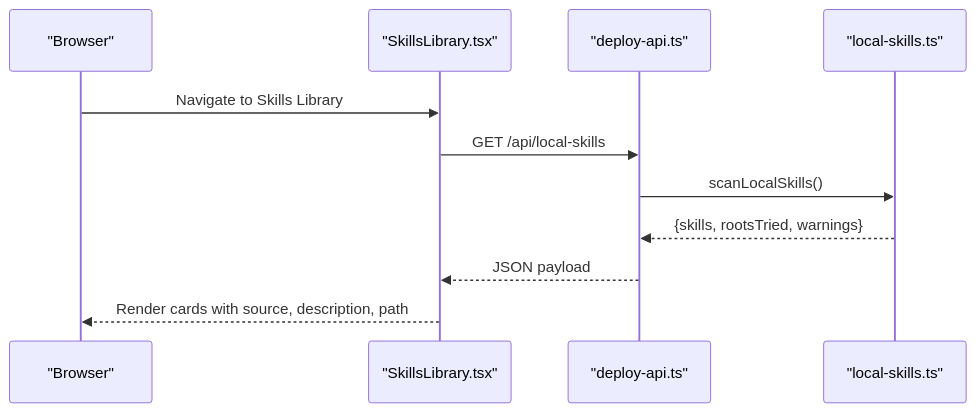
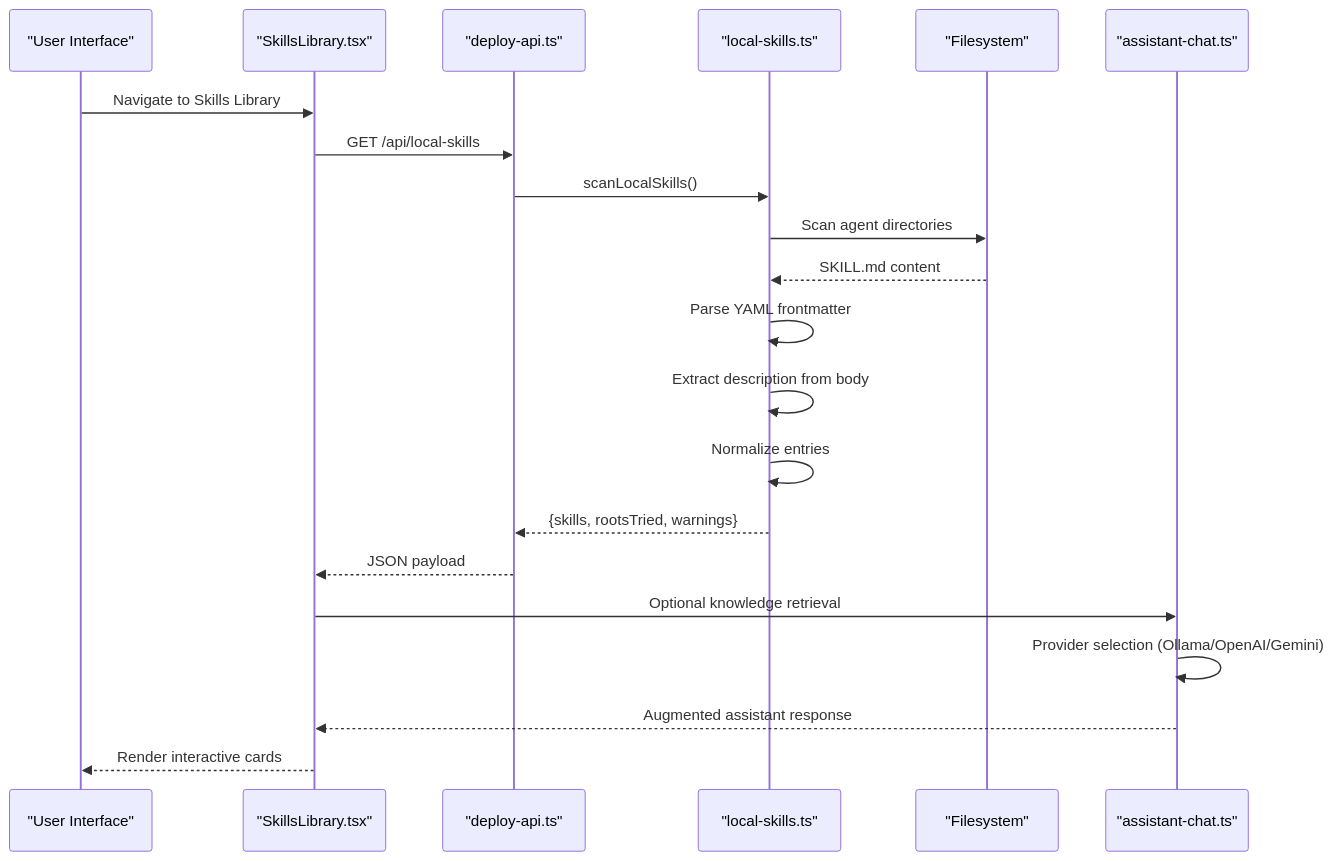
The second of 4 diagrams in .qoder/repowiki/en/content/AI Assistant System/Skill System Architecture.md (Glimora-X/work-helper), drawn with Mermaid before and after one commit. The commit also changed other lines of this file and 5 other files, not shown here.

First line of the commit message:
docs(skill): enhance skill system architecture and documentation

````diff
--- a/.qoder/repowiki/en/content/AI Assistant System/Skill System Architecture.md
+++ b/.qoder/repowiki/en/content/AI Assistant System/Skill System Architecture.md
@@ -121,13 +152,23 @@
 ```mermaid
 sequenceDiagram
-participant Browser as "Browser"
-participant FE as "SkillsLibrary.tsx"
-participant BE as "deploy-api.ts"
-participant LS as "local-skills.ts"
-Browser->>FE : Navigate to Skills Library
-FE->>BE : GET /api/local-skills
-BE->>LS : scanLocalSkills()
-LS-->>BE : {skills, rootsTried, warnings}
-BE-->>FE : JSON payload
-FE-->>Browser : Render cards with source, description, path
+participant User as "User Interface"
+participant SkillsLibrary as "SkillsLibrary.tsx"
+participant DeployAPI as "deploy-api.ts"
+participant LocalSkills as "local-skills.ts"
+participant FileSystem as "Filesystem"
+participant Assistant as "assistant-chat.ts"
+User->>SkillsLibrary : Navigate to Skills Library
+SkillsLibrary->>DeployAPI : GET /api/local-skills
+DeployAPI->>LocalSkills : scanLocalSkills()
+LocalSkills->>FileSystem : Scan agent directories
+FileSystem-->>LocalSkills : SKILL.md content
+LocalSkills->>LocalSkills : Parse YAML frontmatter
+LocalSkills->>LocalSkills : Extract description from body
+LocalSkills->>LocalSkills : Normalize entries
+LocalSkills-->>DeployAPI : {skills, rootsTried, warnings}
+DeployAPI-->>SkillsLibrary : JSON payload
+SkillsLibrary->>Assistant : Optional knowledge retrieval
+Assistant->>Assistant : Provider selection (Ollama/OpenAI/Gemini)
+Assistant-->>SkillsLibrary : Augmented assistant response
+SkillsLibrary-->>User : Render interactive cards
 ```
````
